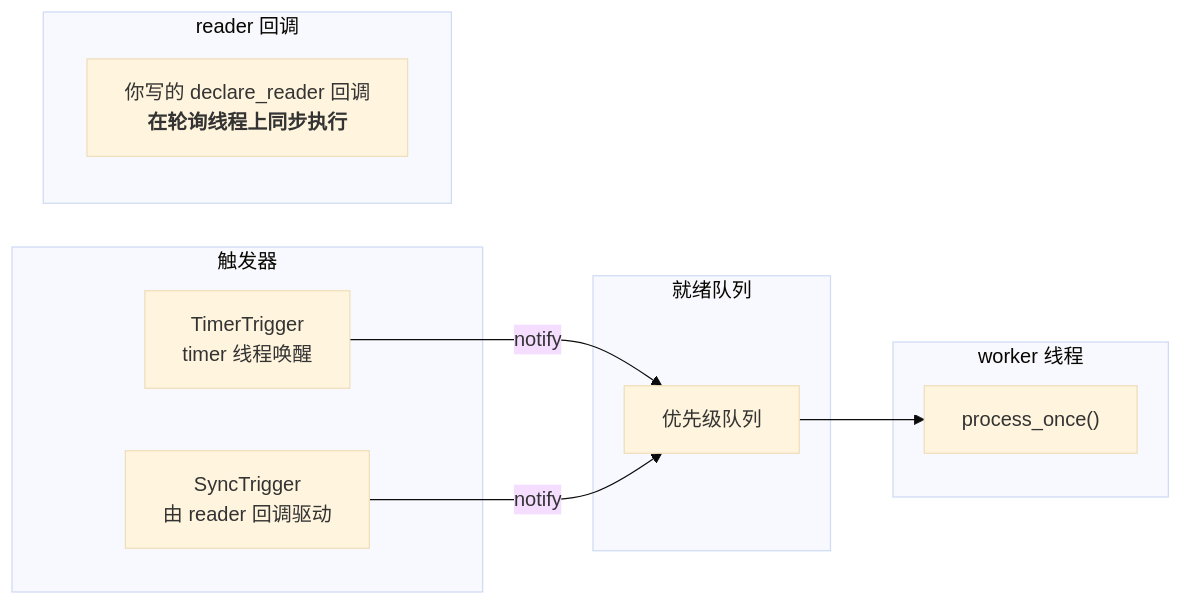
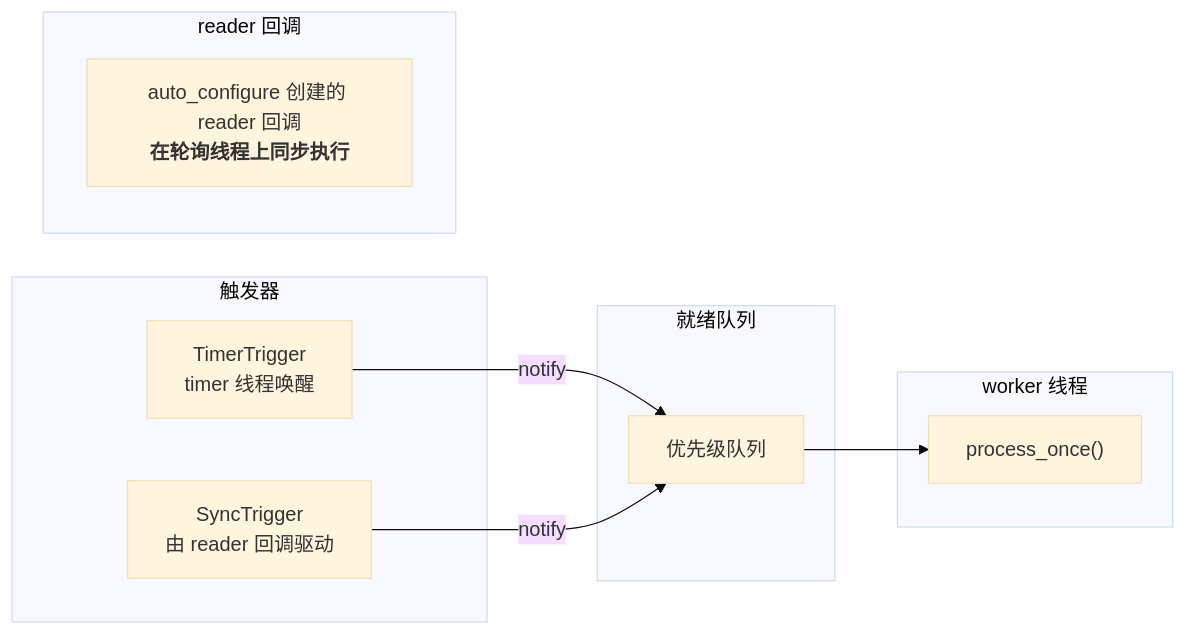
Before and after one commit to zgggy/starletto: the second of 4 diagrams in docs/architecture/05-concurrency-model.md, drawn with Mermaid (base theme). The commit also changed other lines of this file and 42 other files, not shown here.

Commit message:
feat(build): 静态装配 runner + 单一 schema 解析器；移除过时 declare_* API

````diff
--- a/docs/architecture/05-concurrency-model.md
+++ b/docs/architecture/05-concurrency-model.md
@@ -57,20 +57,20 @@
 ```mermaid
 flowchart LR
     subgraph TRIG["触发器"]
         T1["TimerTrigger<br/>timer 线程唤醒"]
         T2["SyncTrigger<br/>由 reader 回调驱动"]
     end
     subgraph Q["就绪队列"]
         Q1["优先级队列"]
     end
     subgraph W["worker 线程"]
         W1["process_once()"]
     end
     T1 -->|"notify"| Q1
     T2 -->|"notify"| Q1
     Q1 --> W1
 
     subgraph RC["reader 回调"]
-        R1["你写的 declare_reader 回调<br/><b>在轮询线程上同步执行</b>"]
+        R1["auto_configure 创建的 reader 回调<br/><b>在轮询线程上同步执行</b>"]
     end
 ```
````
